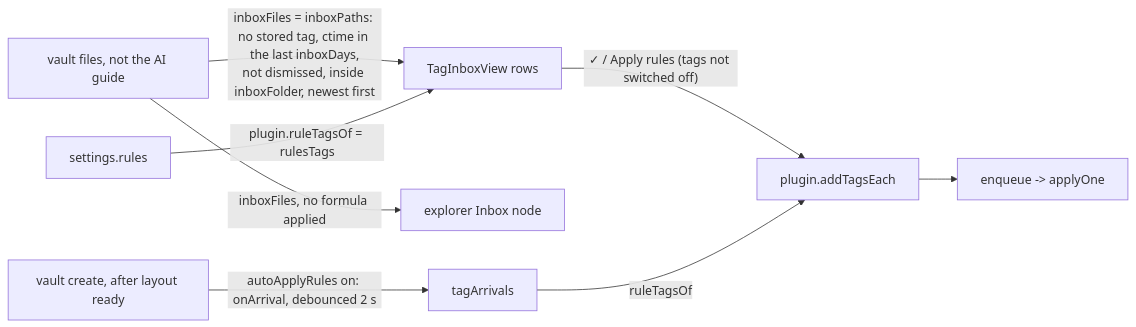
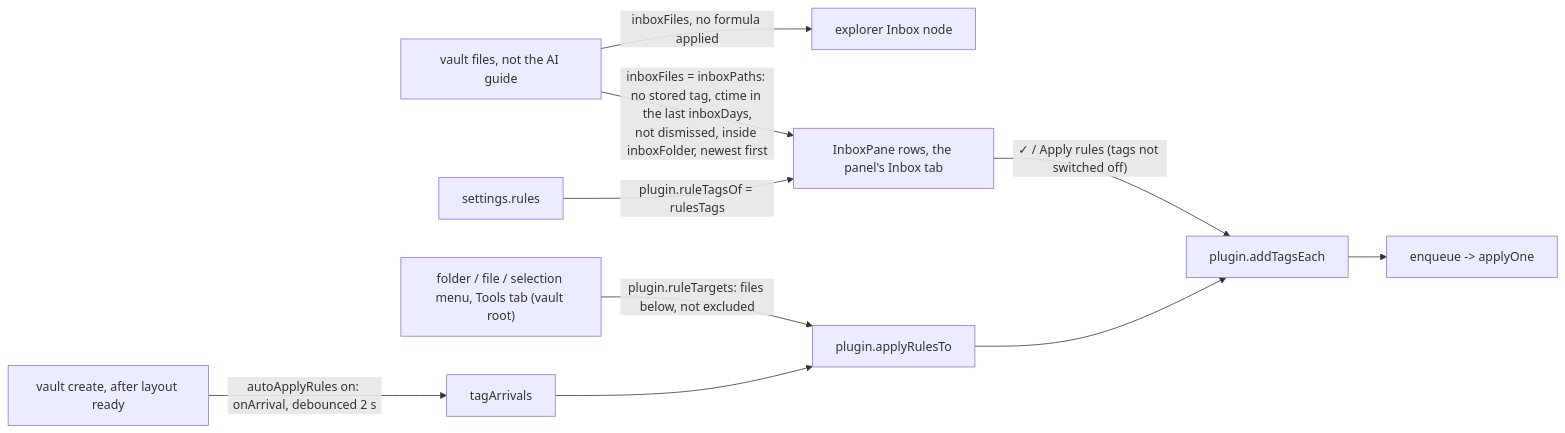
One commit to AlbanMontaigu/obsidian changed the sixth of 10 diagrams in plugins/tag-everything/docs/architecture.md. Above: the diagram before and after it, drawn with Mermaid. The commit also changed other lines of this file and 18 other files, not shown here.

First line of the commit message:
tag-everything 0.28.0: inbox and tools as panel tabs, targeted rule actions, four UI surfaces rule

````diff
--- a/plugins/tag-everything/docs/architecture.md
+++ b/plugins/tag-everything/docs/architecture.md
@@ -182,9 +186,11 @@
 ```mermaid
 flowchart LR
-  files[vault files, not the AI guide] -->|"inboxFiles = inboxPaths: no stored tag, ctime in the last inboxDays,<br/>not dismissed, inside inboxFolder, newest first"| inbox[TagInboxView rows]
+  files[vault files, not the AI guide] -->|"inboxFiles = inboxPaths: no stored tag, ctime in the last inboxDays,<br/>not dismissed, inside inboxFolder, newest first"| inbox[InboxPane rows, the panel's Inbox tab]
   files -->|inboxFiles, no formula applied| exnode[explorer Inbox node]
   rules[settings.rules] -->|plugin.ruleTagsOf = rulesTags| inbox
   inbox -->|"✓ / Apply rules (tags not switched off)"| add[plugin.addTagsEach]
-  create[vault create, after layout ready] -->|autoApplyRules on: onArrival, debounced 2 s| arr[tagArrivals] -->|ruleTagsOf| add
+  pick["folder / file / selection menu, Tools tab (vault root)"] -->|"plugin.ruleTargets: files below, not excluded"| apply[plugin.applyRulesTo]
+  create[vault create, after layout ready] -->|autoApplyRules on: onArrival, debounced 2 s| arr[tagArrivals] --> apply
+  apply --> add
   add --> wp[enqueue -> applyOne]
 ```
````
